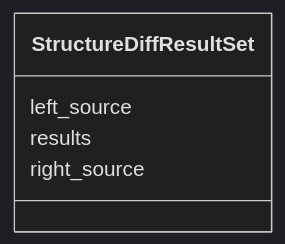
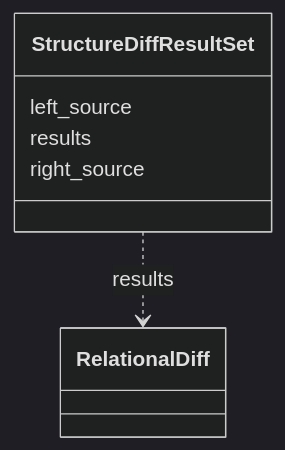
One commit to INCATools/ontology-access-kit changed the diagram in cross-ontology-diff/StructureDiffResultSet.md. Above: the diagram before and after it, drawn with Mermaid (dark theme). The commit also changed 1783 other files, not shown here.

````diff
--- a/cross-ontology-diff/StructureDiffResultSet.md
+++ b/cross-ontology-diff/StructureDiffResultSet.md
@@ -11,8 +11,13 @@
 ```{mermaid}
  classDiagram
     class StructureDiffResultSet
       StructureDiffResultSet : left_source
+        
       StructureDiffResultSet : results
+        
+          StructureDiffResultSet ..> RelationalDiff : results
+        
       StructureDiffResultSet : right_source
+        
       
 ```
````
